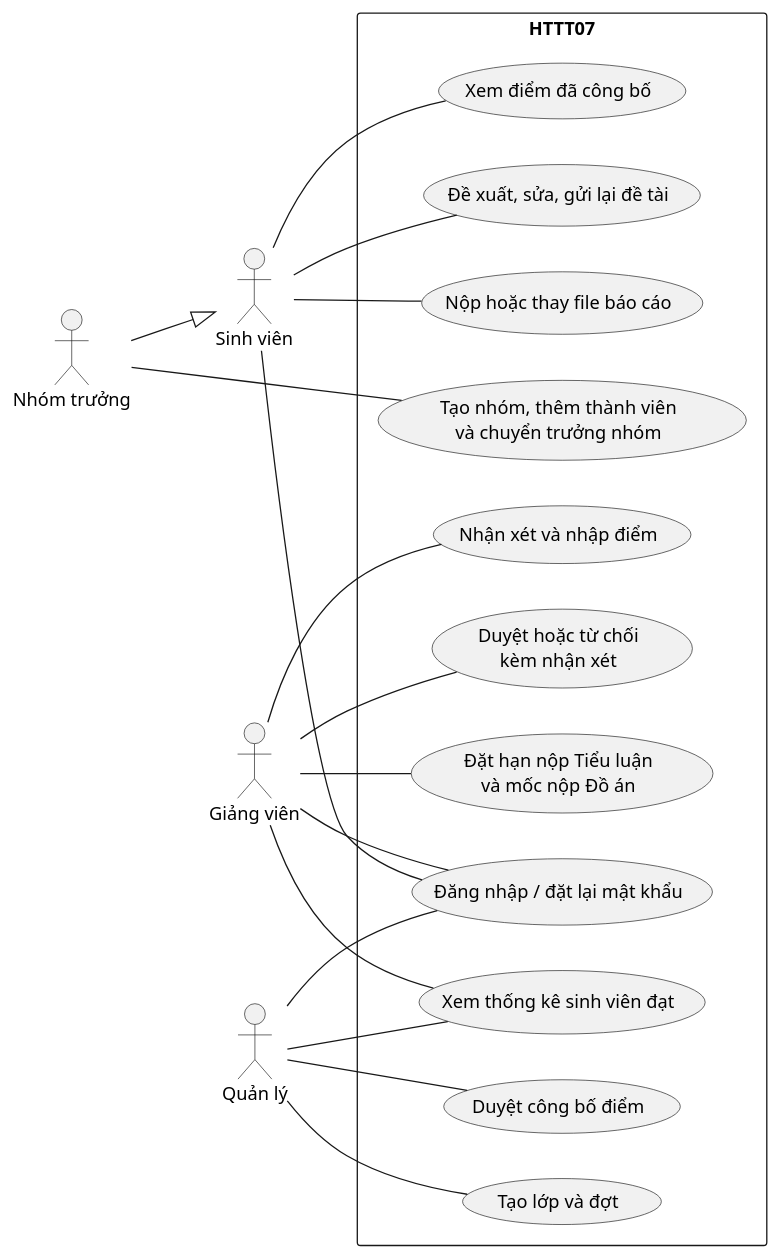
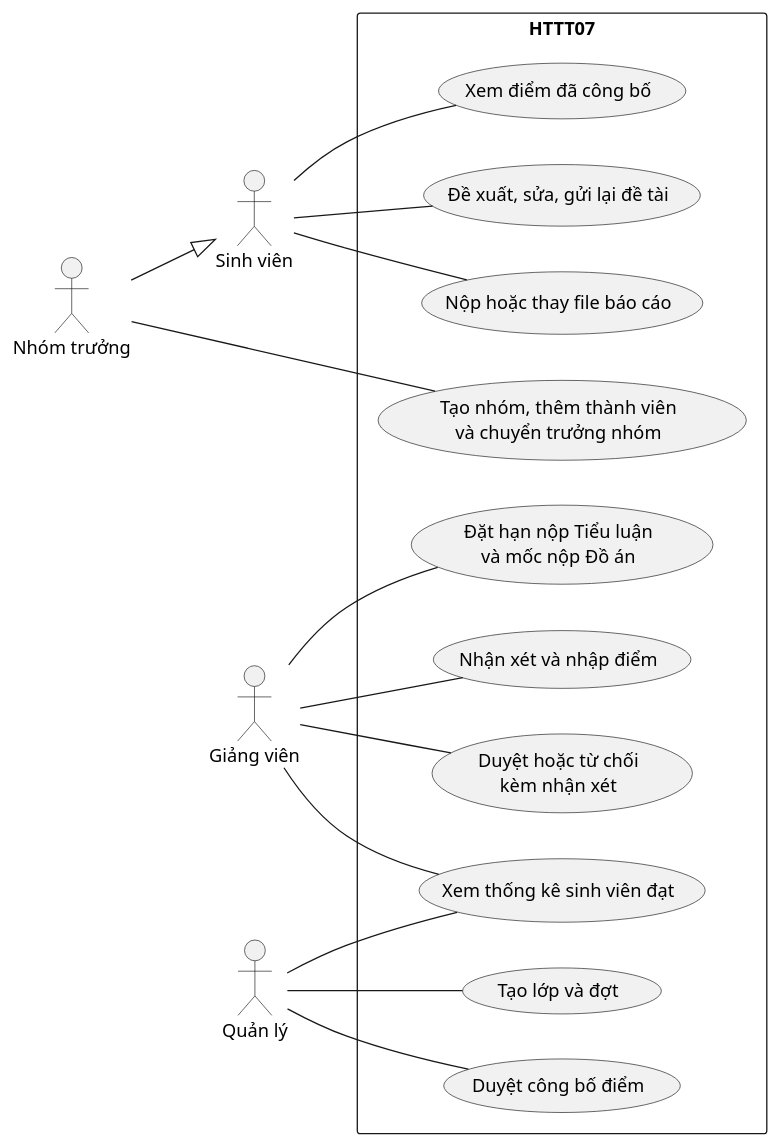
The first of 6 diagrams in Docs/02-so-do-uml.md (lam-vu6868/HTQL_TieuLuan_DoAN), drawn with PlantUML before and after one commit. The commit also changed other lines of this file and 45 other files, not shown here.

````diff
--- a/Docs/02-so-do-uml.md
+++ b/Docs/02-so-do-uml.md
@@ -7,37 +7,33 @@
 ```plantuml
 @startuml
 left to right direction
 actor "Sinh viên" as SV
 actor "Nhóm trưởng" as NT
 actor "Giảng viên" as GV
 actor "Quản lý" as QL
 NT --|> SV
 rectangle HTTT07 {
-  usecase "Đăng nhập / đặt lại mật khẩu" as Login
   usecase "Tạo nhóm, thêm thành viên\nvà chuyển trưởng nhóm" as Group
   usecase "Đề xuất, sửa, gửi lại đề tài" as Register
   usecase "Duyệt hoặc từ chối\nkèm nhận xét" as Review
   usecase "Nộp hoặc thay file báo cáo" as Submit
   usecase "Nhận xét và nhập điểm" as Grade
   usecase "Xem điểm đã công bố" as View
   usecase "Tạo lớp và đợt" as Setup
   usecase "Đặt hạn nộp Tiểu luận\nvà mốc nộp Đồ án" as Deadlines
   usecase "Duyệt công bố điểm" as Publish
   usecase "Xem thống kê sinh viên đạt" as Stats
 }
-SV -- Login
 SV -- Register
 SV -- Submit
 SV -- View
 NT -- Group
-GV -- Login
 GV -- Review
 GV -- Grade
 GV -- Stats
 GV -- Deadlines
-QL -- Login
 QL -- Setup
 QL -- Publish
 QL -- Stats
 @enduml
 ```
````
